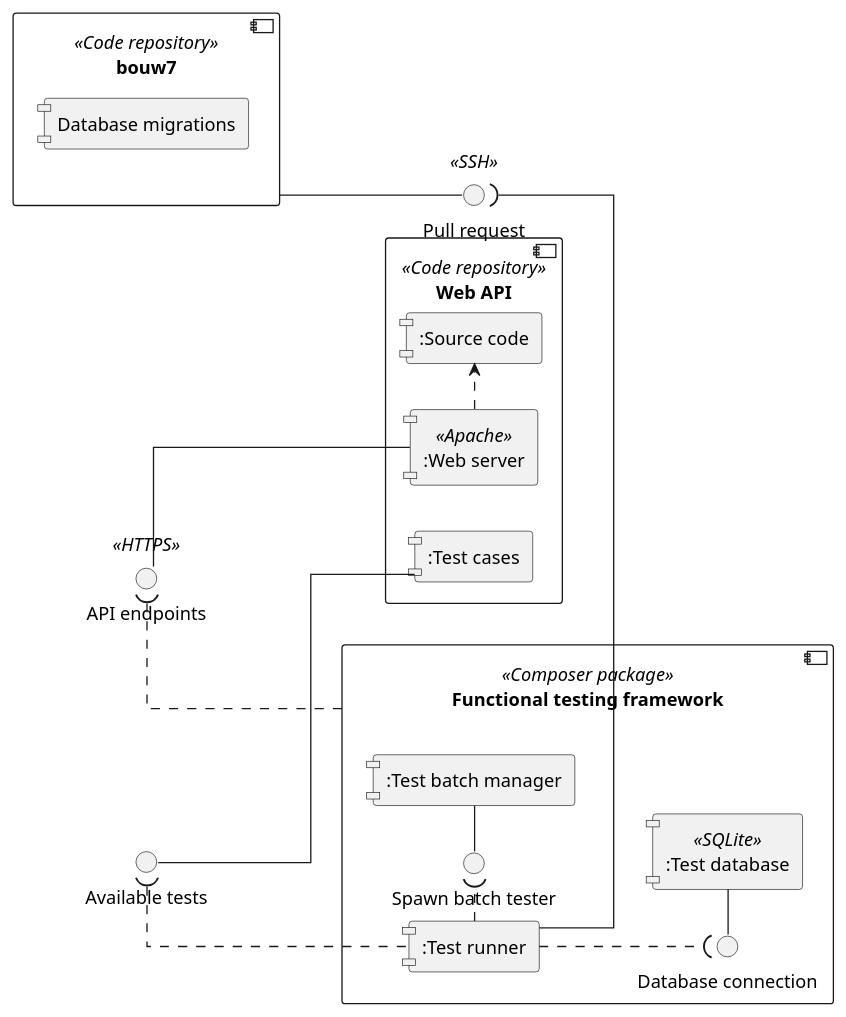
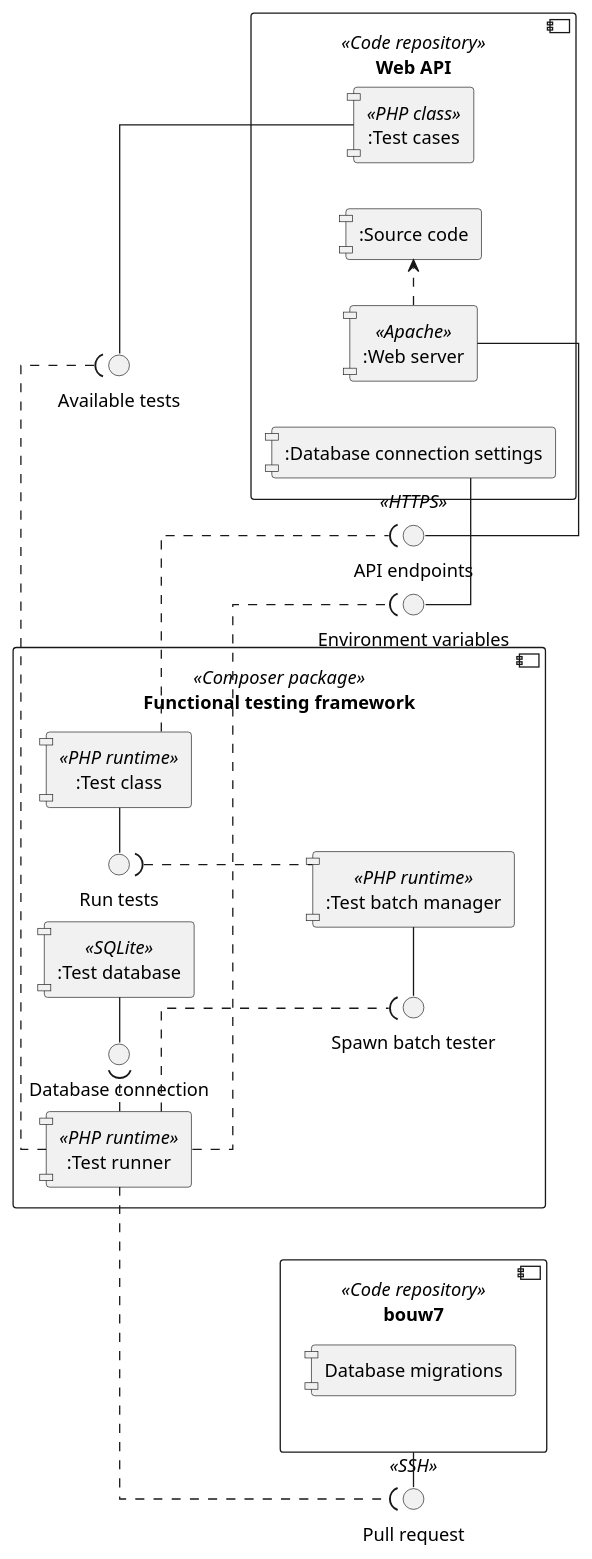
Before and after one commit to dannypas00/bouw7-uml: the diagram in Development/ComponentDiagram.plantuml, drawn with PlantUML. The commit also changed 3 other files, not shown here.

Commit message:
Updated component diagram

```diff
--- a/Development/ComponentDiagram.plantuml
+++ b/Development/ComponentDiagram.plantuml
@@ -1,46 +1,59 @@
 @startuml Component diagram
 skinparam Linetype ortho
 skinparam componentStyle uml1
 left to right direction
 
 together {
     component "Web API" <<Code repository>> as web_api {
-        component ":Test cases" as test_cases
+        component ":Test cases" <<PHP class>> as test_cases
         component ":Web server" <<Apache>> as api_server
         component ":Source code" as source
+        component ":Database connection settings" as db_conn
     }
+    interface "API endpoints" <<HTTPS>> as endpoints
+    interface "Available tests" as tests
+    interface "Environment variables" as env
+}
 
-    component "Functional testing framework" <<Composer package>> as framework {
-        component ":Test runner" as runner
-        component ":Test batch manager" as manager
+component "Functional testing framework" <<Composer package>> as framework {
+    component ":Test runner" <<PHP runtime>> as runner
+    together {
+        component ":Test batch manager" <<PHP runtime>> as manager
         component ":Test database" <<SQLite>> as test_db
+        component ":Test class" <<PHP runtime>> as test
         interface "Database connection" as sqlite_conn
         interface "Spawn batch tester" as spawn
+        interface "Run tests" as run
     }
 }
 
-component "bouw7" <<Code repository>> as bouw7 {
-    component "Database migrations" as migrations
+together {
+    component "bouw7" <<Code repository>> as bouw7 {
+        component "Database migrations" as migrations
+    }
+    interface "Pull request" <<SSH>> as bouw7_pull
 }
 
-interface "Pull request" <<SSH>> as bouw7_pull
-interface "API endpoints" <<HTTPS>> as endpoints
-interface "Available tests" as tests
+db_conn - env
+runner ..( env
 
-bouw7 -- bouw7_pull
-runner -( bouw7_pull
+bouw7 - bouw7_pull
+runner ..( bouw7_pull
 
-endpoints -- api_server
-framework .( endpoints
+endpoints - api_server
+test ..( endpoints
 
 tests -- test_cases
 tests ). runner
 
 api_server .> source
 
 sqlite_conn - test_db
-runner ..( sqlite_conn
+runner .( sqlite_conn
 
 spawn - manager
 runner .( spawn
+
+test - run
+run ).. manager
 @enduml
```
